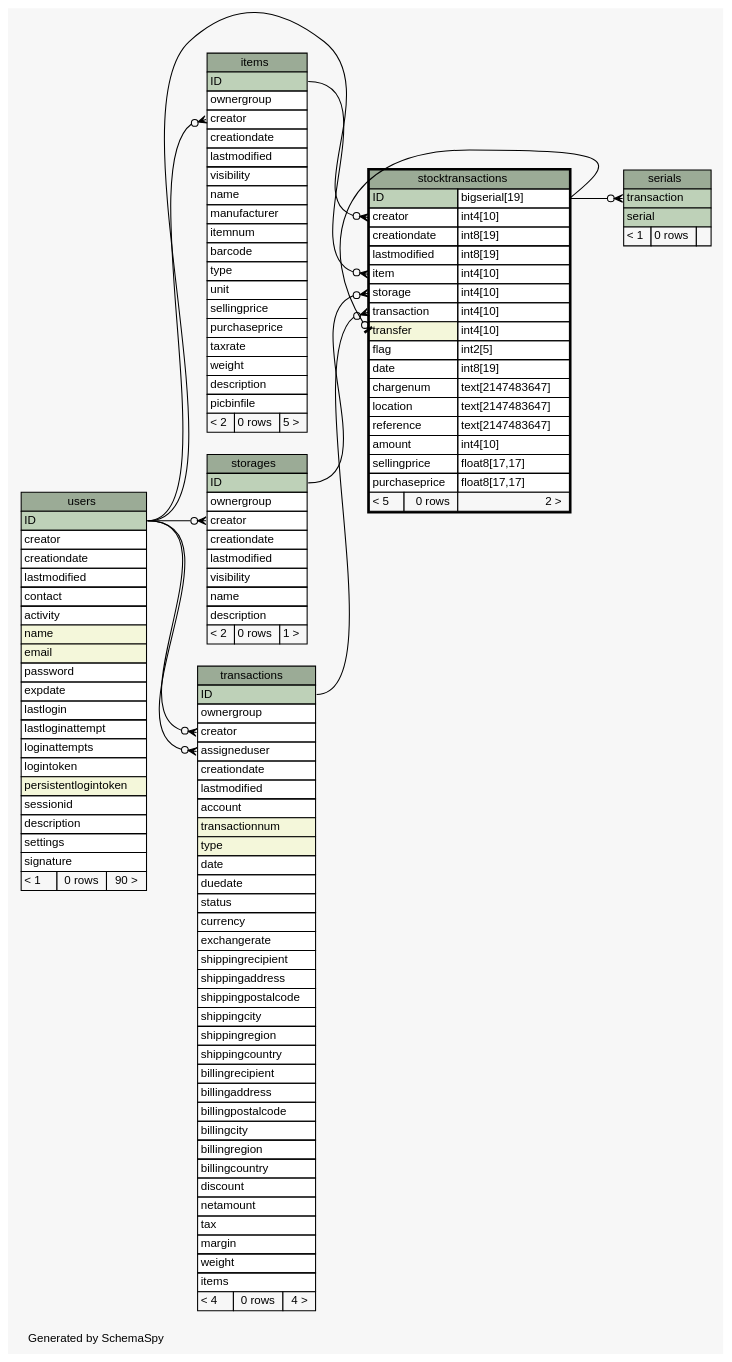
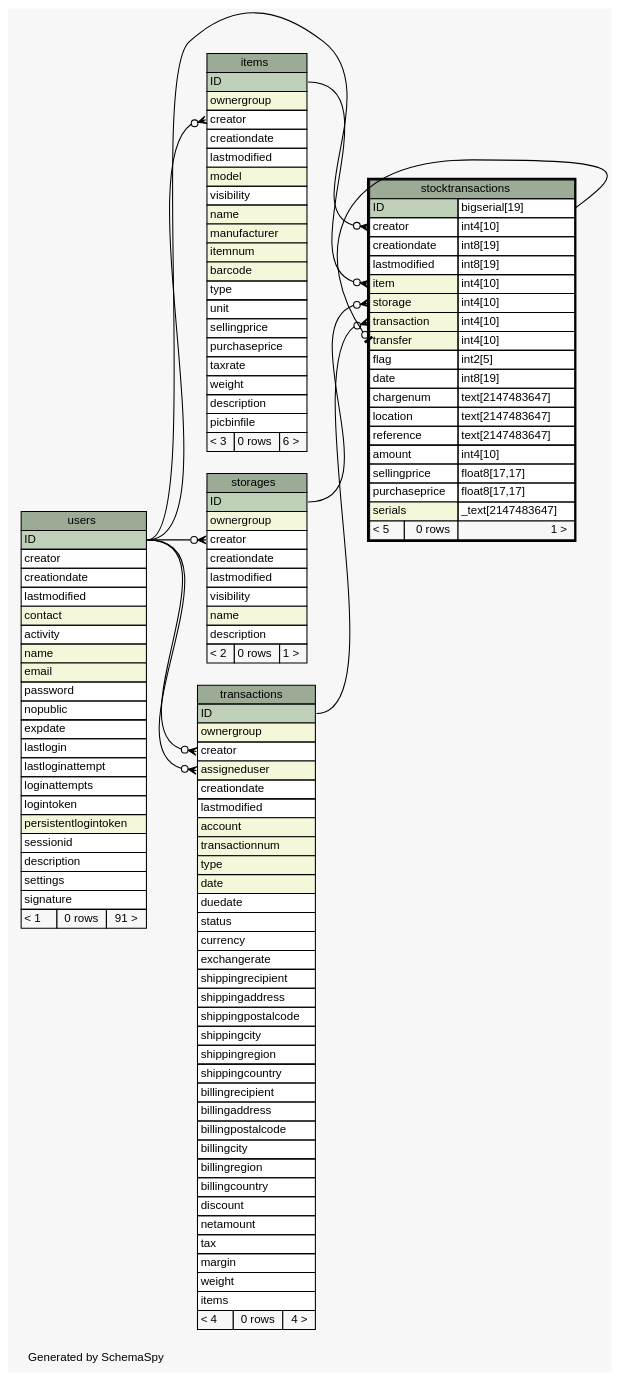
Before and after one commit to zeyosinc/zeyos-schema: the diagram in diagrams/stocktransactions.1degree.dot, drawn with Graphviz. The commit also changed 313 other files, not shown here.

```diff
--- a/diagrams/stocktransactions.1degree.dot
+++ b/diagrams/stocktransactions.1degree.dot
@@ -1,4 +1,4 @@
-// dot 2.38.0 on Mac OS X 10.11.3
+// dot 2.38.0 on Mac OS X 10.11.4
 // SchemaSpy rev 590
 digraph "oneDegreeRelationshipsDiagram" {
   graph [
@@ -20,7 +20,6 @@
     arrowsize="0.8"
   ];
   "items":"creator":w -> "users":"ID":e [arrowhead=none dir=back arrowtail=crowodot];
-  "serials":"transaction":w -> "stocktransactions":"ID.type":e [arrowhead=none dir=back arrowtail=crowodot];
   "stocktransactions":"creator":w -> "users":"ID":e [arrowhead=none dir=back arrowtail=crowodot];
   "stocktransactions":"item":w -> "items":"ID":e [arrowhead=none dir=back arrowtail=crowodot];
   "stocktransactions":"storage":w -> "storages":"ID":e [arrowhead=none dir=back arrowtail=crowodot];
@@ -34,15 +33,16 @@
     <TABLE BORDER="0" CELLBORDER="1" CELLSPACING="0" BGCOLOR="#ffffff">
       <TR><TD COLSPAN="3" BGCOLOR="#9bab96" ALIGN="CENTER">items</TD></TR>
       <TR><TD PORT="ID" COLSPAN="3" BGCOLOR="#bed1b8" ALIGN="LEFT">ID</TD></TR>
-      <TR><TD PORT="ownergroup" COLSPAN="3" ALIGN="LEFT">ownergroup</TD></TR>
+      <TR><TD PORT="ownergroup" COLSPAN="3" BGCOLOR="#f4f7da" ALIGN="LEFT">ownergroup</TD></TR>
       <TR><TD PORT="creator" COLSPAN="3" ALIGN="LEFT">creator</TD></TR>
       <TR><TD PORT="creationdate" COLSPAN="3" ALIGN="LEFT">creationdate</TD></TR>
       <TR><TD PORT="lastmodified" COLSPAN="3" ALIGN="LEFT">lastmodified</TD></TR>
+      <TR><TD PORT="model" COLSPAN="3" BGCOLOR="#f4f7da" ALIGN="LEFT">model</TD></TR>
       <TR><TD PORT="visibility" COLSPAN="3" ALIGN="LEFT">visibility</TD></TR>
-      <TR><TD PORT="name" COLSPAN="3" ALIGN="LEFT">name</TD></TR>
-      <TR><TD PORT="manufacturer" COLSPAN="3" ALIGN="LEFT">manufacturer</TD></TR>
-      <TR><TD PORT="itemnum" COLSPAN="3" ALIGN="LEFT">itemnum</TD></TR>
-      <TR><TD PORT="barcode" COLSPAN="3" ALIGN="LEFT">barcode</TD></TR>
+      <TR><TD PORT="name" COLSPAN="3" BGCOLOR="#f4f7da" ALIGN="LEFT">name</TD></TR>
+      <TR><TD PORT="manufacturer" COLSPAN="3" BGCOLOR="#f4f7da" ALIGN="LEFT">manufacturer</TD></TR>
+      <TR><TD PORT="itemnum" COLSPAN="3" BGCOLOR="#f4f7da" ALIGN="LEFT">itemnum</TD></TR>
+      <TR><TD PORT="barcode" COLSPAN="3" BGCOLOR="#f4f7da" ALIGN="LEFT">barcode</TD></TR>
       <TR><TD PORT="type" COLSPAN="3" ALIGN="LEFT">type</TD></TR>
       <TR><TD PORT="unit" COLSPAN="3" ALIGN="LEFT">unit</TD></TR>
       <TR><TD PORT="sellingprice" COLSPAN="3" ALIGN="LEFT">sellingprice</TD></TR>
@@ -51,21 +51,10 @@
       <TR><TD PORT="weight" COLSPAN="3" ALIGN="LEFT">weight</TD></TR>
       <TR><TD PORT="description" COLSPAN="3" ALIGN="LEFT">description</TD></TR>
       <TR><TD PORT="picbinfile" COLSPAN="3" ALIGN="LEFT">picbinfile</TD></TR>
-      <TR><TD ALIGN="LEFT" BGCOLOR="#f7f7f7">&lt; 2</TD><TD ALIGN="RIGHT" BGCOLOR="#f7f7f7">0 rows</TD><TD ALIGN="RIGHT" BGCOLOR="#f7f7f7">5 &gt;</TD></TR>
+      <TR><TD ALIGN="LEFT" BGCOLOR="#f7f7f7">&lt; 3</TD><TD ALIGN="RIGHT" BGCOLOR="#f7f7f7">0 rows</TD><TD ALIGN="RIGHT" BGCOLOR="#f7f7f7">6 &gt;</TD></TR>
     </TABLE>>
     URL="items.html"
     tooltip="items"
-  ];
-  "serials" [
-    label=<
-    <TABLE BORDER="0" CELLBORDER="1" CELLSPACING="0" BGCOLOR="#ffffff">
-      <TR><TD COLSPAN="3" BGCOLOR="#9bab96" ALIGN="CENTER">serials</TD></TR>
-      <TR><TD PORT="transaction" COLSPAN="3" BGCOLOR="#bed1b8" ALIGN="LEFT">transaction</TD></TR>
-      <TR><TD PORT="serial" COLSPAN="3" BGCOLOR="#bed1b8" ALIGN="LEFT">serial</TD></TR>
-      <TR><TD ALIGN="LEFT" BGCOLOR="#f7f7f7">&lt; 1</TD><TD ALIGN="RIGHT" BGCOLOR="#f7f7f7">0 rows</TD><TD ALIGN="RIGHT" BGCOLOR="#f7f7f7">  </TD></TR>
-    </TABLE>>
-    URL="serials.html"
-    tooltip="serials"
   ];
   "stocktransactions" [
     label=<
@@ -75,9 +64,9 @@
       <TR><TD PORT="creator" COLSPAN="2" ALIGN="LEFT">creator</TD><TD PORT="creator.type" ALIGN="LEFT">int4[10]</TD></TR>
       <TR><TD PORT="creationdate" COLSPAN="2" ALIGN="LEFT">creationdate</TD><TD PORT="creationdate.type" ALIGN="LEFT">int8[19]</TD></TR>
       <TR><TD PORT="lastmodified" COLSPAN="2" ALIGN="LEFT">lastmodified</TD><TD PORT="lastmodified.type" ALIGN="LEFT">int8[19]</TD></TR>
-      <TR><TD PORT="item" COLSPAN="2" ALIGN="LEFT">item</TD><TD PORT="item.type" ALIGN="LEFT">int4[10]</TD></TR>
-      <TR><TD PORT="storage" COLSPAN="2" ALIGN="LEFT">storage</TD><TD PORT="storage.type" ALIGN="LEFT">int4[10]</TD></TR>
-      <TR><TD PORT="transaction" COLSPAN="2" ALIGN="LEFT">transaction</TD><TD PORT="transaction.type" ALIGN="LEFT">int4[10]</TD></TR>
+      <TR><TD PORT="item" COLSPAN="2" BGCOLOR="#f4f7da" ALIGN="LEFT">item</TD><TD PORT="item.type" ALIGN="LEFT">int4[10]</TD></TR>
+      <TR><TD PORT="storage" COLSPAN="2" BGCOLOR="#f4f7da" ALIGN="LEFT">storage</TD><TD PORT="storage.type" ALIGN="LEFT">int4[10]</TD></TR>
+      <TR><TD PORT="transaction" COLSPAN="2" BGCOLOR="#f4f7da" ALIGN="LEFT">transaction</TD><TD PORT="transaction.type" ALIGN="LEFT">int4[10]</TD></TR>
       <TR><TD PORT="transfer" COLSPAN="2" BGCOLOR="#f4f7da" ALIGN="LEFT">transfer</TD><TD PORT="transfer.type" ALIGN="LEFT">int4[10]</TD></TR>
       <TR><TD PORT="flag" COLSPAN="2" ALIGN="LEFT">flag</TD><TD PORT="flag.type" ALIGN="LEFT">int2[5]</TD></TR>
       <TR><TD PORT="date" COLSPAN="2" ALIGN="LEFT">date</TD><TD PORT="date.type" ALIGN="LEFT">int8[19]</TD></TR>
@@ -87,7 +76,8 @@
       <TR><TD PORT="amount" COLSPAN="2" ALIGN="LEFT">amount</TD><TD PORT="amount.type" ALIGN="LEFT">int4[10]</TD></TR>
       <TR><TD PORT="sellingprice" COLSPAN="2" ALIGN="LEFT">sellingprice</TD><TD PORT="sellingprice.type" ALIGN="LEFT">float8[17,17]</TD></TR>
       <TR><TD PORT="purchaseprice" COLSPAN="2" ALIGN="LEFT">purchaseprice</TD><TD PORT="purchaseprice.type" ALIGN="LEFT">float8[17,17]</TD></TR>
-      <TR><TD ALIGN="LEFT" BGCOLOR="#f7f7f7">&lt; 5</TD><TD ALIGN="RIGHT" BGCOLOR="#f7f7f7">0 rows</TD><TD ALIGN="RIGHT" BGCOLOR="#f7f7f7">2 &gt;</TD></TR>
+      <TR><TD PORT="serials" COLSPAN="2" BGCOLOR="#f4f7da" ALIGN="LEFT">serials</TD><TD PORT="serials.type" ALIGN="LEFT">_text[2147483647]</TD></TR>
+      <TR><TD ALIGN="LEFT" BGCOLOR="#f7f7f7">&lt; 5</TD><TD ALIGN="RIGHT" BGCOLOR="#f7f7f7">0 rows</TD><TD ALIGN="RIGHT" BGCOLOR="#f7f7f7">1 &gt;</TD></TR>
     </TABLE>>
     URL="stocktransactions.html"
     tooltip="stocktransactions"
@@ -97,12 +87,12 @@
     <TABLE BORDER="0" CELLBORDER="1" CELLSPACING="0" BGCOLOR="#ffffff">
       <TR><TD COLSPAN="3" BGCOLOR="#9bab96" ALIGN="CENTER">storages</TD></TR>
       <TR><TD PORT="ID" COLSPAN="3" BGCOLOR="#bed1b8" ALIGN="LEFT">ID</TD></TR>
-      <TR><TD PORT="ownergroup" COLSPAN="3" ALIGN="LEFT">ownergroup</TD></TR>
+      <TR><TD PORT="ownergroup" COLSPAN="3" BGCOLOR="#f4f7da" ALIGN="LEFT">ownergroup</TD></TR>
       <TR><TD PORT="creator" COLSPAN="3" ALIGN="LEFT">creator</TD></TR>
       <TR><TD PORT="creationdate" COLSPAN="3" ALIGN="LEFT">creationdate</TD></TR>
       <TR><TD PORT="lastmodified" COLSPAN="3" ALIGN="LEFT">lastmodified</TD></TR>
       <TR><TD PORT="visibility" COLSPAN="3" ALIGN="LEFT">visibility</TD></TR>
-      <TR><TD PORT="name" COLSPAN="3" ALIGN="LEFT">name</TD></TR>
+      <TR><TD PORT="name" COLSPAN="3" BGCOLOR="#f4f7da" ALIGN="LEFT">name</TD></TR>
       <TR><TD PORT="description" COLSPAN="3" ALIGN="LEFT">description</TD></TR>
       <TR><TD ALIGN="LEFT" BGCOLOR="#f7f7f7">&lt; 2</TD><TD ALIGN="RIGHT" BGCOLOR="#f7f7f7">0 rows</TD><TD ALIGN="RIGHT" BGCOLOR="#f7f7f7">1 &gt;</TD></TR>
     </TABLE>>
@@ -114,15 +104,15 @@
     <TABLE BORDER="0" CELLBORDER="1" CELLSPACING="0" BGCOLOR="#ffffff">
       <TR><TD COLSPAN="3" BGCOLOR="#9bab96" ALIGN="CENTER">transactions</TD></TR>
       <TR><TD PORT="ID" COLSPAN="3" BGCOLOR="#bed1b8" ALIGN="LEFT">ID</TD></TR>
-      <TR><TD PORT="ownergroup" COLSPAN="3" ALIGN="LEFT">ownergroup</TD></TR>
+      <TR><TD PORT="ownergroup" COLSPAN="3" BGCOLOR="#f4f7da" ALIGN="LEFT">ownergroup</TD></TR>
       <TR><TD PORT="creator" COLSPAN="3" ALIGN="LEFT">creator</TD></TR>
-      <TR><TD PORT="assigneduser" COLSPAN="3" ALIGN="LEFT">assigneduser</TD></TR>
+      <TR><TD PORT="assigneduser" COLSPAN="3" BGCOLOR="#f4f7da" ALIGN="LEFT">assigneduser</TD></TR>
       <TR><TD PORT="creationdate" COLSPAN="3" ALIGN="LEFT">creationdate</TD></TR>
       <TR><TD PORT="lastmodified" COLSPAN="3" ALIGN="LEFT">lastmodified</TD></TR>
-      <TR><TD PORT="account" COLSPAN="3" ALIGN="LEFT">account</TD></TR>
+      <TR><TD PORT="account" COLSPAN="3" BGCOLOR="#f4f7da" ALIGN="LEFT">account</TD></TR>
       <TR><TD PORT="transactionnum" COLSPAN="3" BGCOLOR="#f4f7da" ALIGN="LEFT">transactionnum</TD></TR>
       <TR><TD PORT="type" COLSPAN="3" BGCOLOR="#f4f7da" ALIGN="LEFT">type</TD></TR>
-      <TR><TD PORT="date" COLSPAN="3" ALIGN="LEFT">date</TD></TR>
+      <TR><TD PORT="date" COLSPAN="3" BGCOLOR="#f4f7da" ALIGN="LEFT">date</TD></TR>
       <TR><TD PORT="duedate" COLSPAN="3" ALIGN="LEFT">duedate</TD></TR>
       <TR><TD PORT="status" COLSPAN="3" ALIGN="LEFT">status</TD></TR>
       <TR><TD PORT="currency" COLSPAN="3" ALIGN="LEFT">currency</TD></TR>
@@ -158,11 +148,12 @@
       <TR><TD PORT="creator" COLSPAN="3" ALIGN="LEFT">creator</TD></TR>
       <TR><TD PORT="creationdate" COLSPAN="3" ALIGN="LEFT">creationdate</TD></TR>
       <TR><TD PORT="lastmodified" COLSPAN="3" ALIGN="LEFT">lastmodified</TD></TR>
-      <TR><TD PORT="contact" COLSPAN="3" ALIGN="LEFT">contact</TD></TR>
+      <TR><TD PORT="contact" COLSPAN="3" BGCOLOR="#f4f7da" ALIGN="LEFT">contact</TD></TR>
       <TR><TD PORT="activity" COLSPAN="3" ALIGN="LEFT">activity</TD></TR>
       <TR><TD PORT="name" COLSPAN="3" BGCOLOR="#f4f7da" ALIGN="LEFT">name</TD></TR>
       <TR><TD PORT="email" COLSPAN="3" BGCOLOR="#f4f7da" ALIGN="LEFT">email</TD></TR>
       <TR><TD PORT="password" COLSPAN="3" ALIGN="LEFT">password</TD></TR>
+      <TR><TD PORT="nopublic" COLSPAN="3" ALIGN="LEFT">nopublic</TD></TR>
       <TR><TD PORT="expdate" COLSPAN="3" ALIGN="LEFT">expdate</TD></TR>
       <TR><TD PORT="lastlogin" COLSPAN="3" ALIGN="LEFT">lastlogin</TD></TR>
       <TR><TD PORT="lastloginattempt" COLSPAN="3" ALIGN="LEFT">lastloginattempt</TD></TR>
@@ -173,7 +164,7 @@
       <TR><TD PORT="description" COLSPAN="3" ALIGN="LEFT">description</TD></TR>
       <TR><TD PORT="settings" COLSPAN="3" ALIGN="LEFT">settings</TD></TR>
       <TR><TD PORT="signature" COLSPAN="3" ALIGN="LEFT">signature</TD></TR>
-      <TR><TD ALIGN="LEFT" BGCOLOR="#f7f7f7">&lt; 1</TD><TD ALIGN="RIGHT" BGCOLOR="#f7f7f7">0 rows</TD><TD ALIGN="RIGHT" BGCOLOR="#f7f7f7">90 &gt;</TD></TR>
+      <TR><TD ALIGN="LEFT" BGCOLOR="#f7f7f7">&lt; 1</TD><TD ALIGN="RIGHT" BGCOLOR="#f7f7f7">0 rows</TD><TD ALIGN="RIGHT" BGCOLOR="#f7f7f7">91 &gt;</TD></TR>
     </TABLE>>
     URL="users.html"
     tooltip="users"
```
